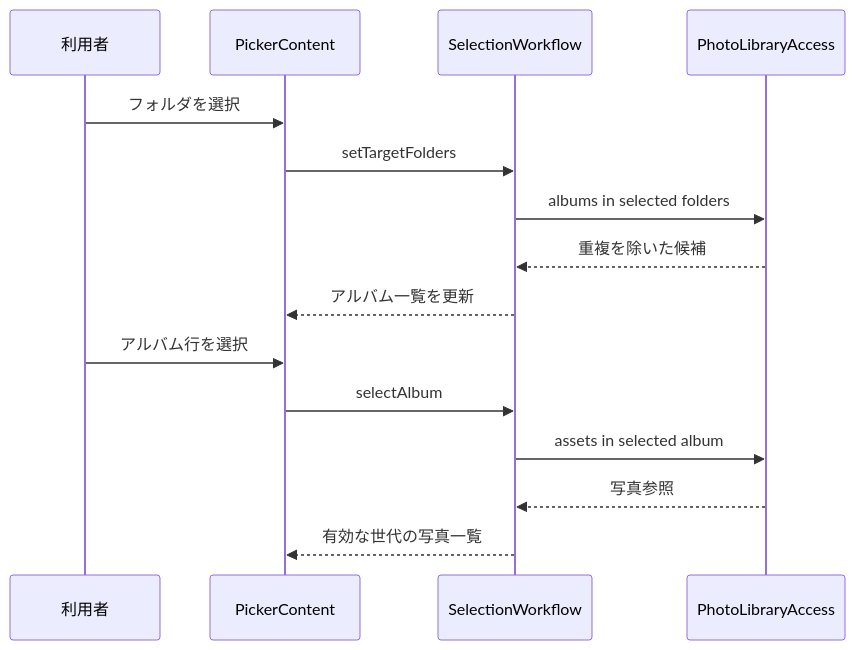
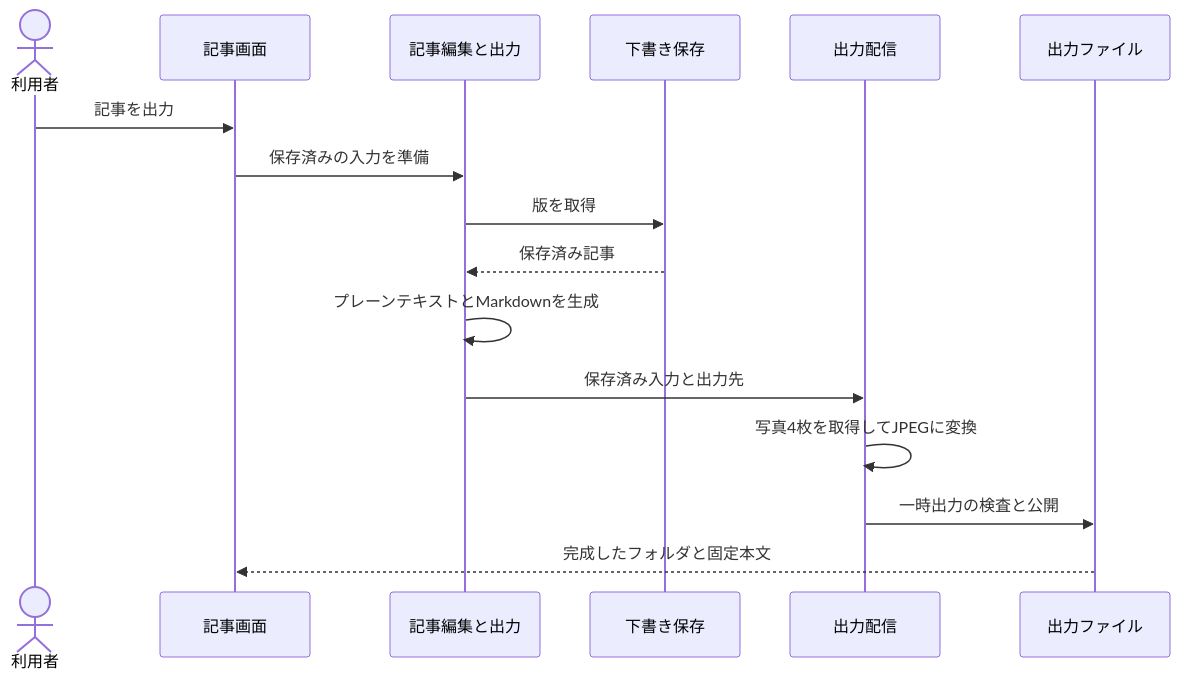
Before and after one commit to yokochie/hitotsuzuri: the second of 2 diagrams in aidlc/spaces/default/codekb/hitotsuzuri/architecture.md, drawn with Mermaid. The commit also changed other lines of this file and 54 other files, not shown here.

````diff
--- a/aidlc/spaces/default/codekb/hitotsuzuri/architecture.md
+++ b/aidlc/spaces/default/codekb/hitotsuzuri/architecture.md
@@ -52,17 +47,18 @@
 ```mermaid
 sequenceDiagram
-    participant U as 利用者
-    participant P as PickerContent
-    participant S as SelectionWorkflow
-    participant L as PhotoLibraryAccess
-    U->>P: フォルダを選択
-    P->>S: setTargetFolders
-    S->>L: albums in selected folders
-    L-->>S: 重複を除いた候補
-    S-->>P: アルバム一覧を更新
-    U->>P: アルバム行を選択
-    P->>S: selectAlbum
-    S->>L: assets in selected album
-    L-->>S: 写真参照
-    S-->>P: 有効な世代の写真一覧
+    actor User as 利用者
+    participant UI as 記事画面
+    participant Session as 記事編集と出力
+    participant Store as 下書き保存
+    participant Output as 出力配信
+    participant Files as 出力ファイル
+    User->>UI: 記事を出力
+    UI->>Session: 保存済みの入力を準備
+    Session->>Store: 版を取得
+    Store-->>Session: 保存済み記事
+    Session->>Session: プレーンテキストとMarkdownを生成
+    Session->>Output: 保存済み入力と出力先
+    Output->>Output: 写真4枚を取得してJPEGに変換
+    Output->>Files: 一時出力の検査と公開
+    Files-->>UI: 完成したフォルダと固定本文
 ```
````
